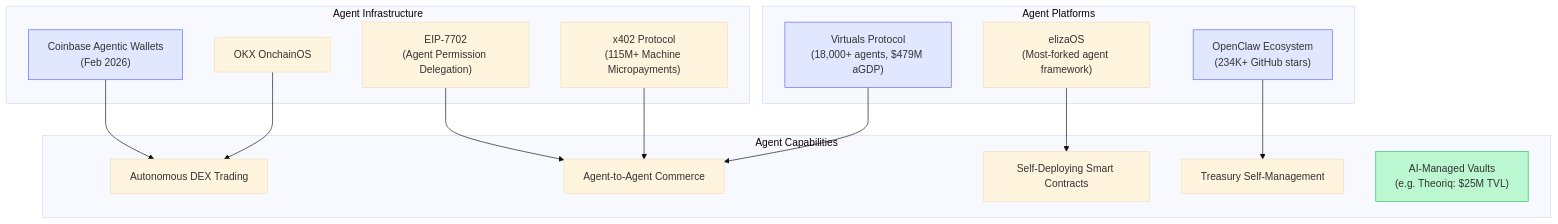
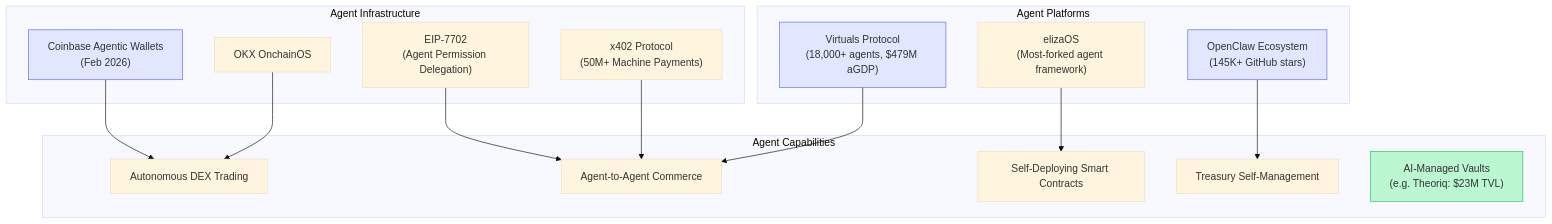
Before and after one commit to Miko-Protocol/docs: the first of 2 diagrams in docs/ecosystem/the-ai-agent-era.md, drawn with Mermaid (base theme). The commit also changed other lines of this file and 18 other files, not shown here.

````diff
--- a/docs/ecosystem/the-ai-agent-era.md
+++ b/docs/ecosystem/the-ai-agent-era.md
@@ -52,32 +52,32 @@
 ```mermaid
 graph TD
     subgraph "Agent Infrastructure"
         A["Coinbase Agentic Wallets<br/>(Feb 2026)"]
         B["OKX OnchainOS"]
         C["EIP-7702<br/>(Agent Permission Delegation)"]
-        D["x402 Protocol<br/>(115M+ Machine Micropayments)"]
+        D["x402 Protocol<br/>(50M+ Machine Payments)"]
     end
     subgraph "Agent Platforms"
         E["Virtuals Protocol<br/>(18,000+ agents, $479M aGDP)"]
         F["elizaOS<br/>(Most-forked agent framework)"]
-        G["OpenClaw Ecosystem<br/>(234K+ GitHub stars)"]
+        G["OpenClaw Ecosystem<br/>(145K+ GitHub stars)"]
     end
     subgraph "Agent Capabilities"
         H["Autonomous DEX Trading"]
         I["Self-Deploying Smart Contracts"]
         J["Agent-to-Agent Commerce"]
         K["Treasury Self-Management"]
-        L["AI-Managed Vaults<br/>(e.g. Theoriq: $25M TVL)"]
+        L["AI-Managed Vaults<br/>(e.g. Theoriq: $23M TVL)"]
     end
     A --> H
     B --> H
     C --> J
     D --> J
     E --> J
     F --> I
     G --> K
     style A fill:#e0e7ff,stroke:#6366f1
     style E fill:#e0e7ff,stroke:#6366f1
     style G fill:#e0e7ff,stroke:#6366f1
     style L fill:#bbf7d0,stroke:#22c55e
 ```
````
